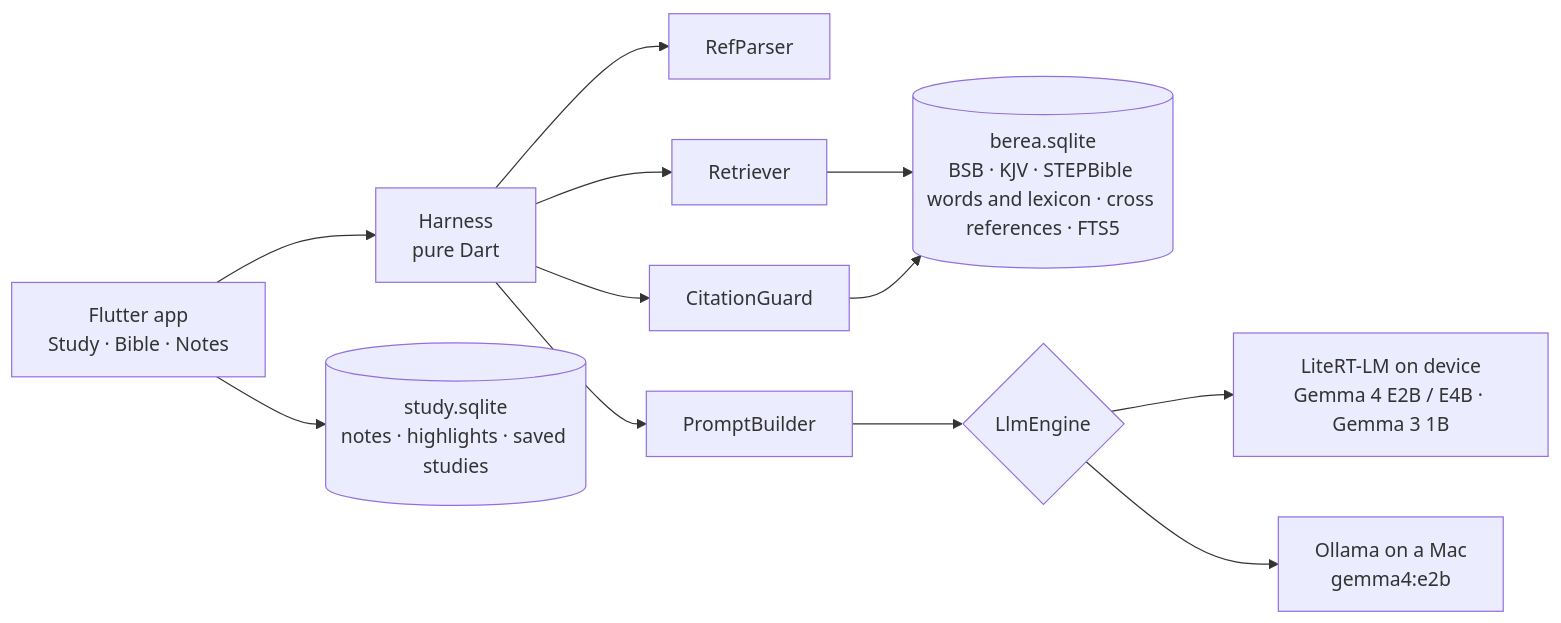
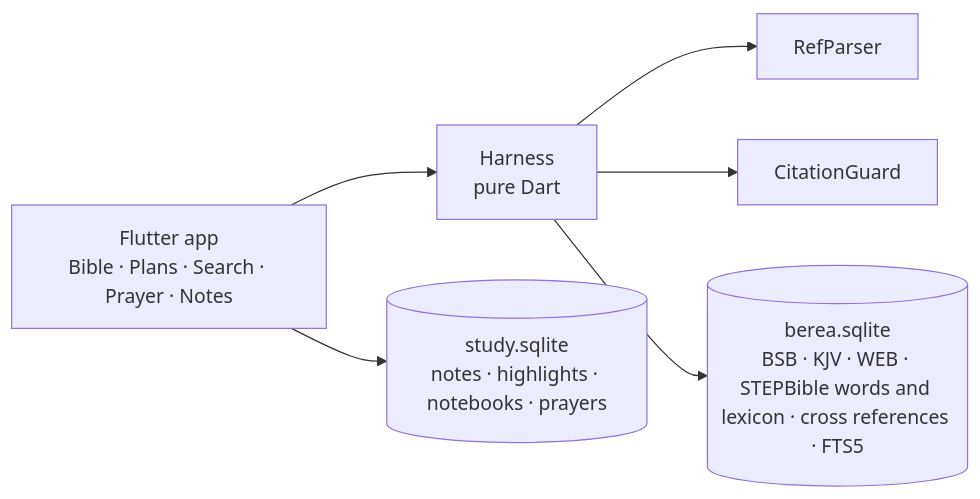
Before and after one commit to CalvinMagezi/berea: the diagram in README.md, drawn with Mermaid. The commit also changed other lines of this file and 168 other files, not shown here.

````diff
--- a/README.md
+++ b/README.md
@@ -104,14 +76,8 @@
 ```mermaid
 flowchart LR
-  UI[Flutter app<br/>Study · Bible · Notes] --> H[Harness<br/>pure Dart]
+  UI[Flutter app<br/>Bible · Plans · Search · Prayer · Notes] --> H[Harness<br/>pure Dart]
   H --> RP[RefParser]
-  H --> R[Retriever]
-  H --> PB[PromptBuilder]
-  H --> G[CitationGuard]
-  R --> DB[(berea.sqlite<br/>BSB · KJV · STEPBible words and lexicon · cross references · FTS5)]
-  G --> DB
-  PB --> E{LlmEngine}
-  E --> L[LiteRT-LM on device<br/>Gemma 4 E2B / E4B · Gemma 3 1B]
-  E --> O[Ollama on a Mac<br/>gemma4:e2b]
-  UI --> S[(study.sqlite<br/>notes · highlights · saved studies)]
+  H --> CG[CitationGuard]
+  H --> DB[(berea.sqlite<br/>BSB · KJV · WEB · STEPBible words and lexicon · cross references · FTS5)]
+  UI --> S[(study.sqlite<br/>notes · highlights · notebooks · prayers)]
 ```
````
